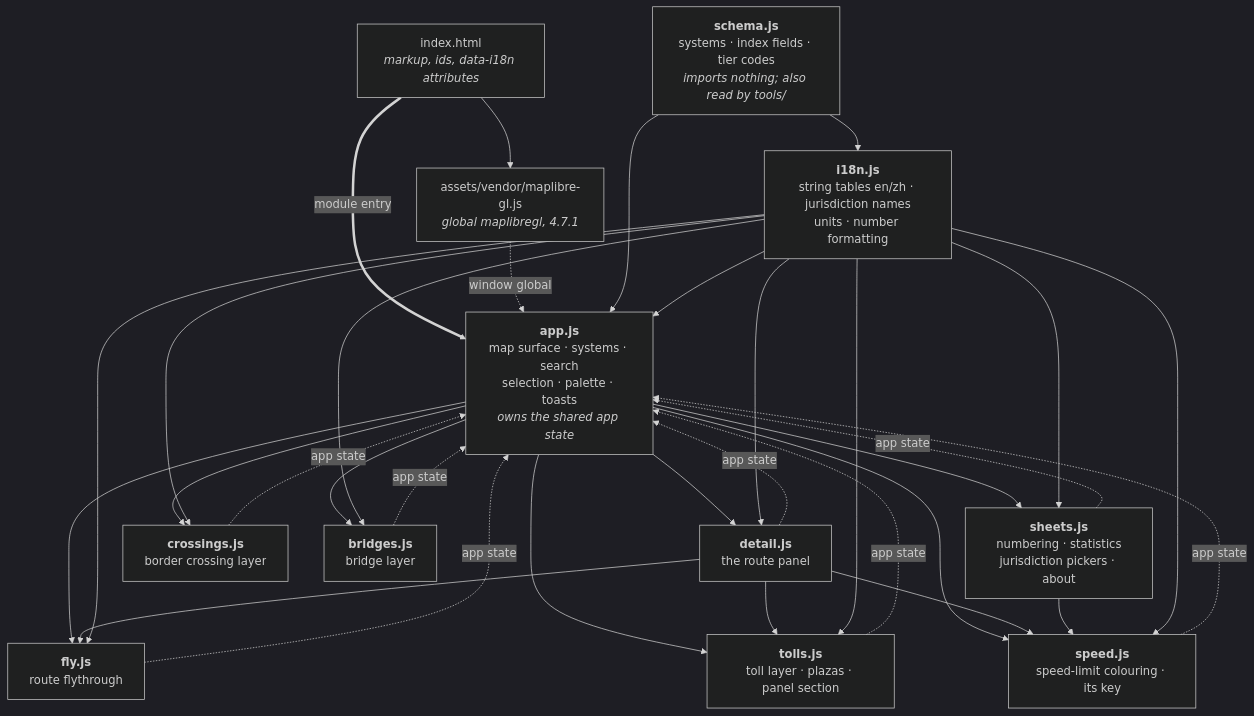
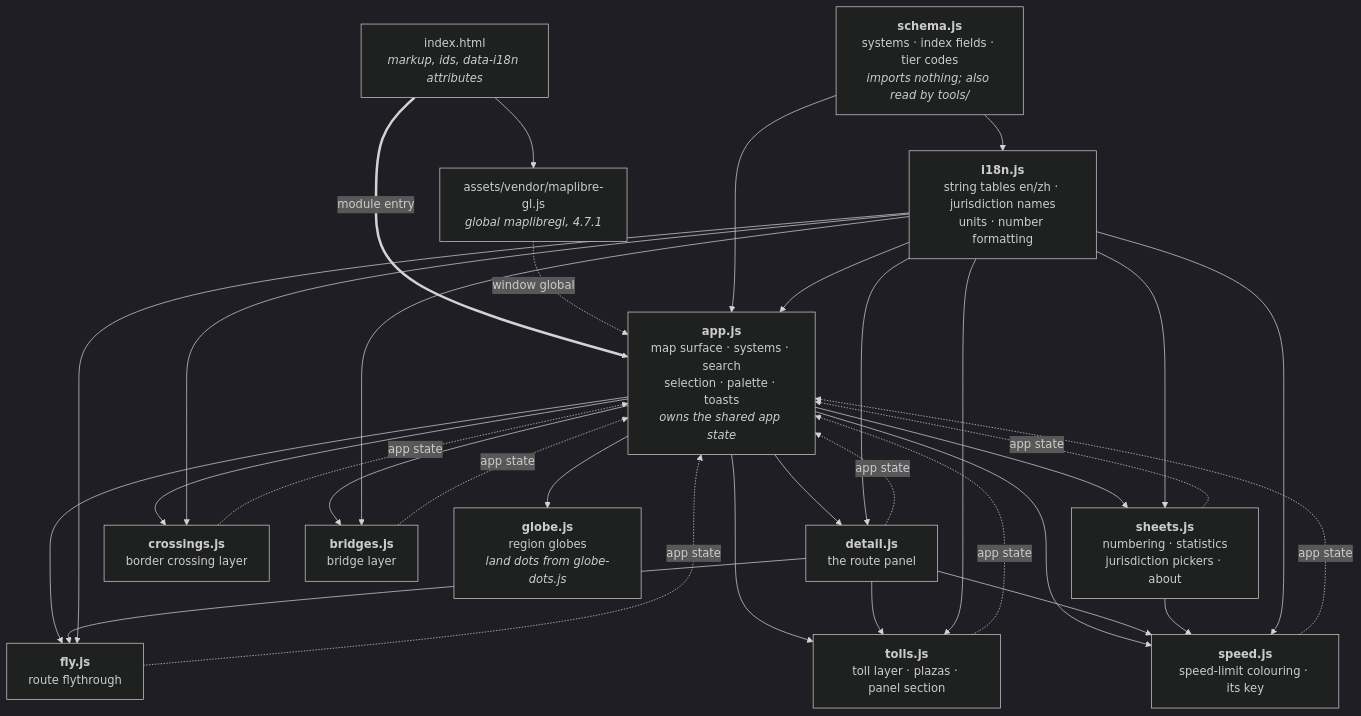
One commit to AndyUneducated/interstate-atlas changed the fourth of 5 diagrams in docs/ARCHITECTURE.md. Above: the diagram before and after it, drawn with Mermaid (dark theme). The commit also changed other lines of this file and 7 other files, not shown here.

Commit message:
Region switch folded into a globe on the search box, with region cards and quick jumps

````diff
--- a/docs/ARCHITECTURE.md
+++ b/docs/ARCHITECTURE.md
@@ -478,50 +479,52 @@
 ```mermaid
 flowchart TD
   HTML["index.html<br/><i>markup, ids, data-i18n attributes</i>"]
   MLGL["assets/vendor/maplibre-gl.js<br/><i>global maplibregl, 4.7.1</i>"]
   APP["<b>app.js</b><br/>map surface · systems · search<br/>selection · palette · toasts<br/><i>owns the shared app state</i>"]
   SCH["<b>schema.js</b><br/>systems · index fields · tier codes<br/><i>imports nothing; also read by tools/</i>"]
   I18N["<b>i18n.js</b><br/>string tables en/zh · jurisdiction names<br/>units · number formatting"]
   DET["<b>detail.js</b><br/>the route panel"]
   SH["<b>sheets.js</b><br/>numbering · statistics<br/>jurisdiction pickers · about"]
   SP["<b>speed.js</b><br/>speed-limit colouring · its key"]
   FLY["<b>fly.js</b><br/>route flythrough"]
   XG["<b>crossings.js</b><br/>border crossing layer"]
   TO["<b>tolls.js</b><br/>toll layer · plazas · panel section"]
   BR["<b>bridges.js</b><br/>bridge layer"]
+  GL["<b>globe.js</b><br/>region globes<br/><i>land dots from globe-dots.js</i>"]
 
   HTML --> MLGL
   HTML ==>|"module entry"| APP
   MLGL -.->|"window global"| APP
 
   APP --> DET
   APP --> SH
   APP --> SP
   APP --> FLY
   APP --> XG
   APP --> TO
   APP --> BR
+  APP --> GL
   DET --> FLY
   DET --> TO
   DET --> SP
   SH --> SP
 
   DET -.->|"app state"| APP
   SH -.->|"app state"| APP
   SP -.->|"app state"| APP
   FLY -.->|"app state"| APP
   XG -.->|"app state"| APP
   TO -.->|"app state"| APP
   BR -.->|"app state"| APP
 
   SCH --> I18N
   SCH --> APP
   I18N --> APP
   I18N --> DET
   I18N --> SH
   I18N --> SP
   I18N --> FLY
   I18N --> XG
   I18N --> TO
   I18N --> BR
 ```
````
